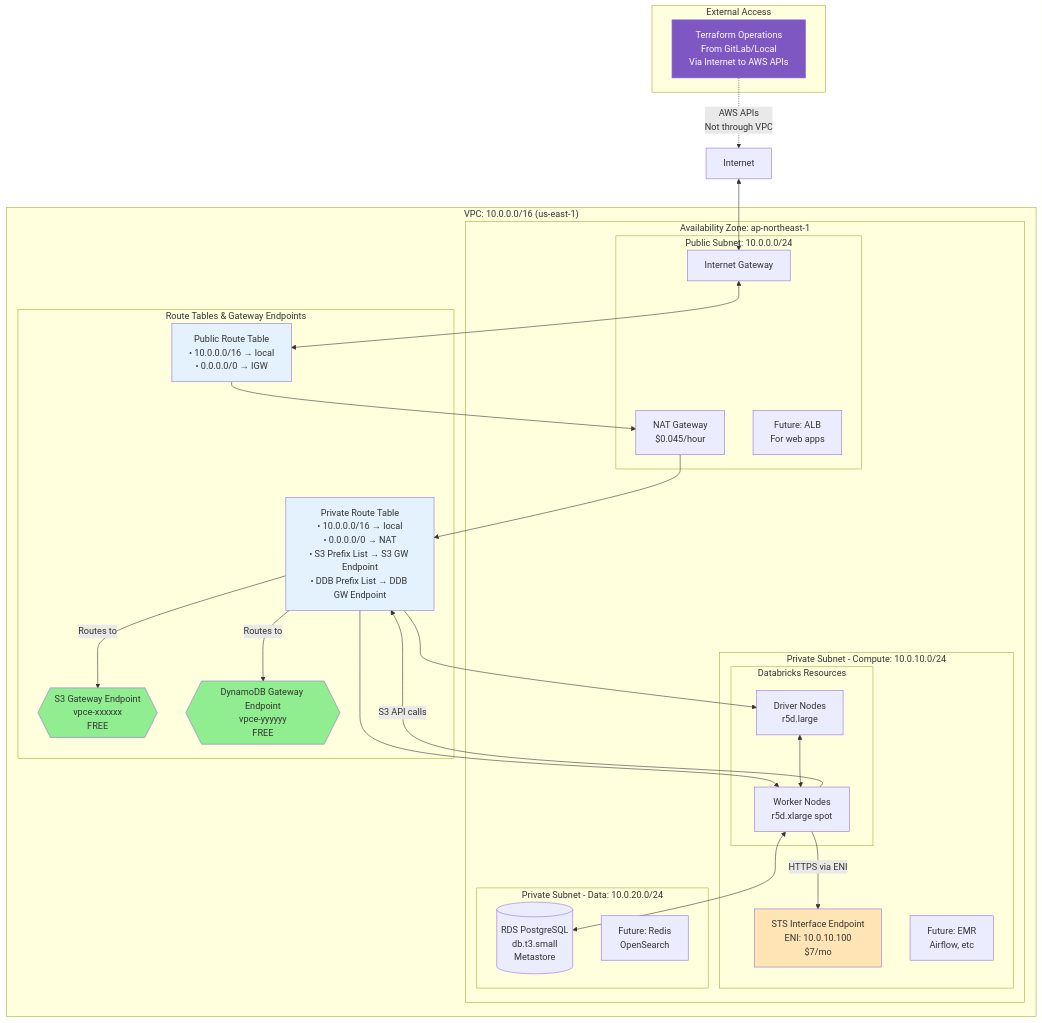
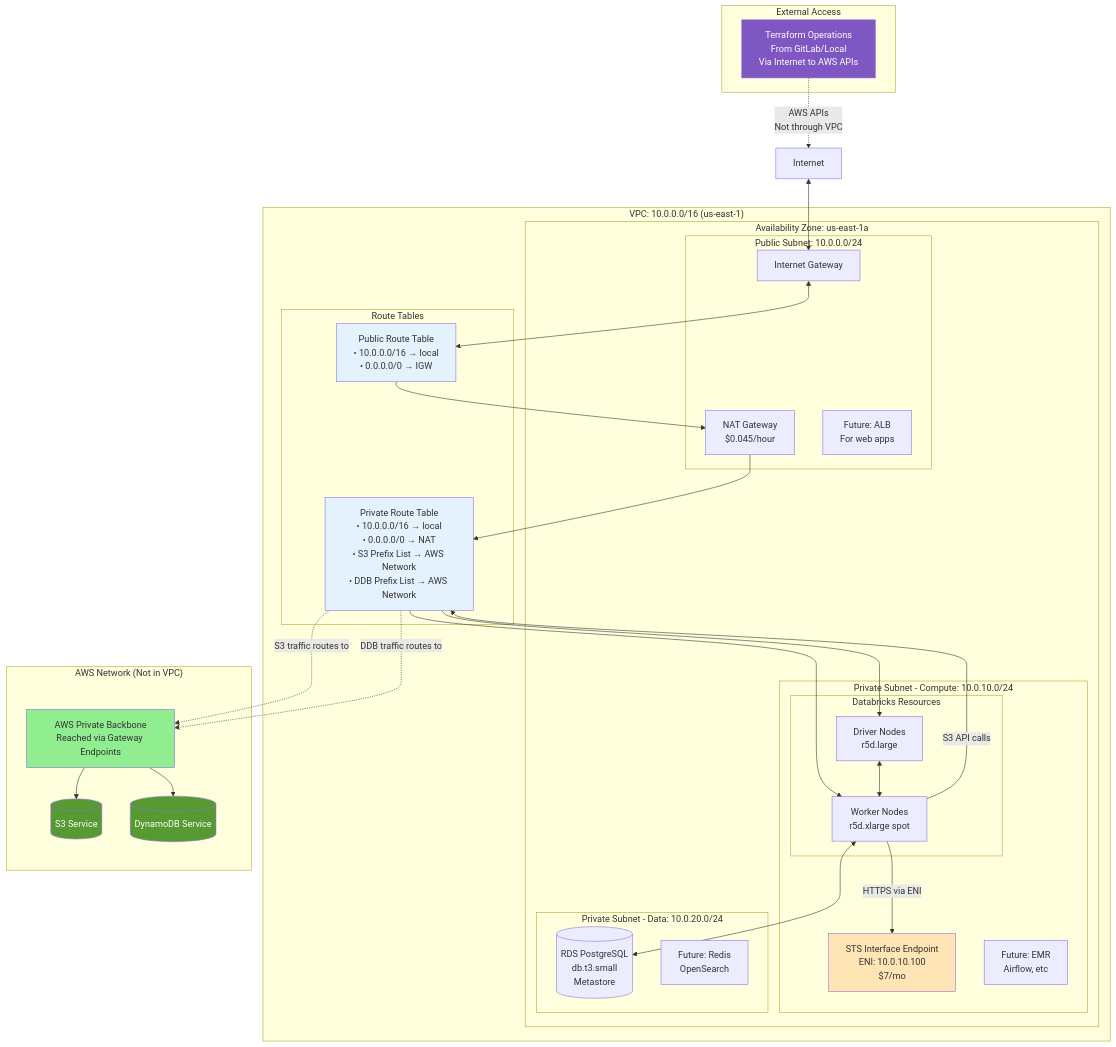
The third of 13 diagrams in docs/design.md (thanabgithub/learn-aws-databrick-single-env), drawn with Mermaid before and after one commit. The commit also changed other lines of this file and 6 other files, not shown here.

````diff
--- a/docs/design.md
+++ b/docs/design.md
@@ -652,61 +649,67 @@
 ```mermaid
 graph TB
     subgraph "VPC: 10.0.0.0/16 (us-east-1)"
-        subgraph "Availability Zone: ap-northeast-1"
+        subgraph "Availability Zone: us-east-1a"
             subgraph "Public Subnet: 10.0.0.0/24"
                 IGW[Internet Gateway]
                 NAT[NAT Gateway<br/>$0.045/hour]
                 ALB[Future: ALB<br/>For web apps]
             end
             
             subgraph "Private Subnet - Compute: 10.0.10.0/24"
                 subgraph "Databricks Resources"
                     Driver[Driver Nodes<br/>r5d.large]
                     Workers[Worker Nodes<br/>r5d.xlarge spot]
                 end
                 STSENI[STS Interface Endpoint<br/>ENI: 10.0.10.100<br/>$7/mo]
                 Future1[Future: EMR<br/>Airflow, etc]
             end
             
             subgraph "Private Subnet - Data: 10.0.20.0/24"
                 RDS[(RDS PostgreSQL<br/>db.t3.small<br/>Metastore)]
                 Future2[Future: Redis<br/>OpenSearch]
             end
         end
         
-        subgraph "Route Tables & Gateway Endpoints"
+        subgraph "Route Tables"
             PubRT[Public Route Table<br/>• 10.0.0.0/16 → local<br/>• 0.0.0.0/0 → IGW]
-            PrivRT[Private Route Table<br/>• 10.0.0.0/16 → local<br/>• 0.0.0.0/0 → NAT<br/>• S3 Prefix List → S3 GW Endpoint<br/>• DDB Prefix List → DDB GW Endpoint]
-            
-            S3EP{{S3 Gateway Endpoint<br/>vpce-xxxxxx<br/>FREE}}
-            DDBEP{{DynamoDB Gateway Endpoint<br/>vpce-yyyyyy<br/>FREE}}
+            PrivRT[Private Route Table<br/>• 10.0.0.0/16 → local<br/>• 0.0.0.0/0 → NAT<br/>• S3 Prefix List → AWS Network<br/>• DDB Prefix List → AWS Network]
         end
+    end
+    
+    subgraph "AWS Network (Not in VPC)"
+        AWSBackbone[AWS Private Backbone<br/>Reached via Gateway Endpoints]
+        S3Service[(S3 Service)]
+        DDBService[(DynamoDB Service)]
     end
     
     subgraph "External Access"
         TerraformOps[Terraform Operations<br/>From GitLab/Local<br/>Via Internet to AWS APIs]
     end
     
     Internet[Internet] <--> IGW
     IGW <--> PubRT
     PubRT --> NAT
     NAT --> PrivRT
     PrivRT --> Driver
     PrivRT --> Workers
     Driver <--> Workers
     Workers <--> RDS
     
     Workers -->|HTTPS via ENI| STSENI
     Workers -->|S3 API calls| PrivRT
-    PrivRT -->|Routes to| S3EP
-    PrivRT -->|Routes to| DDBEP
+    PrivRT -.->|S3 traffic routes to| AWSBackbone
+    PrivRT -.->|DDB traffic routes to| AWSBackbone
+    AWSBackbone --> S3Service
+    AWSBackbone --> DDBService
     
     TerraformOps -.->|AWS APIs<br/>Not through VPC| Internet
     
-    style S3EP fill:#90EE90
-    style DDBEP fill:#90EE90
+    style AWSBackbone fill:#90EE90
+    style S3Service fill:#569A31,color:white
+    style DDBService fill:#569A31,color:white
     style STSENI fill:#FFE4B5
     style PrivRT fill:#e3f2fd
     style PubRT fill:#e3f2fd
     style TerraformOps fill:#7e57c2,color:white
 ```
````
